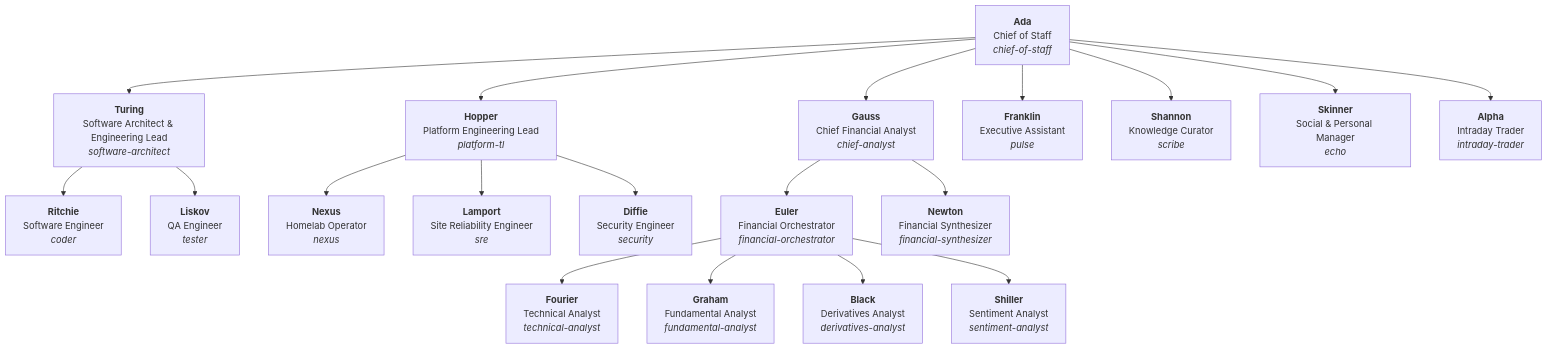
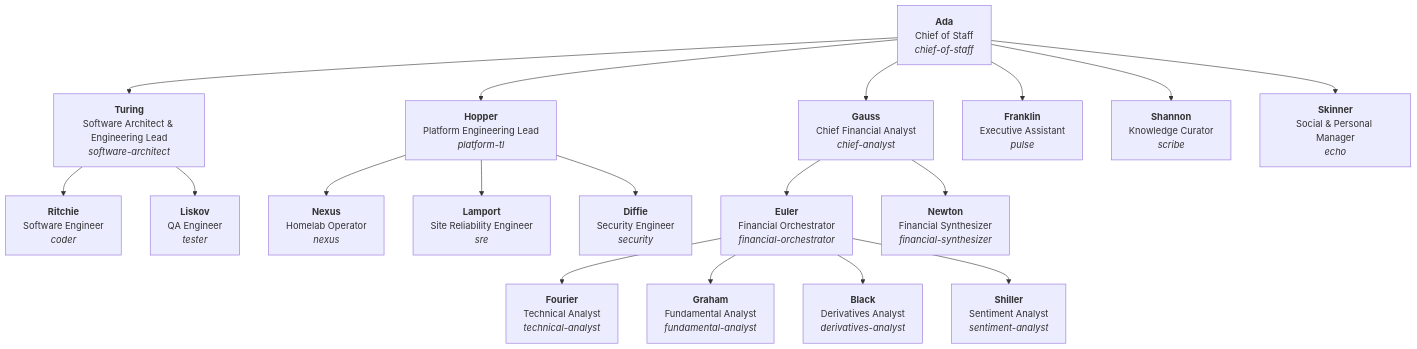
The diagram in scripts/team-org.md (manjit28/turing-team), drawn with Mermaid before and after one commit.

Commit message:
Remove Alpha from team organization list
Removed the entry for Alpha, an Intraday Trader.

````diff
--- a/scripts/team-org.md
+++ b/scripts/team-org.md
@@ -2,26 +2,25 @@
 ```mermaid
 graph TD
     Ada["<b>Ada</b><br/>Chief of Staff<br/><i>chief-of-staff</i>"]
 
     Ada --> Turing["<b>Turing</b><br/>Software Architect &amp; Engineering Lead<br/><i>software-architect</i>"]
     Ada --> Hopper["<b>Hopper</b><br/>Platform Engineering Lead<br/><i>platform-tl</i>"]
     Ada --> Gauss["<b>Gauss</b><br/>Chief Financial Analyst<br/><i>chief-analyst</i>"]
     Ada --> Franklin["<b>Franklin</b><br/>Executive Assistant<br/><i>pulse</i>"]
     Ada --> Shannon["<b>Shannon</b><br/>Knowledge Curator<br/><i>scribe</i>"]
     Ada --> Skinner["<b>Skinner</b><br/>Social &amp; Personal Manager<br/><i>echo</i>"]
-    Ada --> Alpha["<b>Alpha</b><br/>Intraday Trader<br/><i>intraday-trader</i>"]
-
+    
     Turing --> Ritchie["<b>Ritchie</b><br/>Software Engineer<br/><i>coder</i>"]
     Turing --> Liskov["<b>Liskov</b><br/>QA Engineer<br/><i>tester</i>"]
 
     Hopper --> Nexus["<b>Nexus</b><br/>Homelab Operator<br/><i>nexus</i>"]
     Hopper --> Lamport["<b>Lamport</b><br/>Site Reliability Engineer<br/><i>sre</i>"]
     Hopper --> Diffie["<b>Diffie</b><br/>Security Engineer<br/><i>security</i>"]
 
     Gauss --> Euler["<b>Euler</b><br/>Financial Orchestrator<br/><i>financial-orchestrator</i>"]
     Gauss --> Newton["<b>Newton</b><br/>Financial Synthesizer<br/><i>financial-synthesizer</i>"]
     Euler --> Fourier["<b>Fourier</b><br/>Technical Analyst<br/><i>technical-analyst</i>"]
     Euler --> Graham["<b>Graham</b><br/>Fundamental Analyst<br/><i>fundamental-analyst</i>"]
     Euler --> Black["<b>Black</b><br/>Derivatives Analyst<br/><i>derivatives-analyst</i>"]
     Euler --> Shiller["<b>Shiller</b><br/>Sentiment Analyst<br/><i>sentiment-analyst</i>"]
 ```
````
